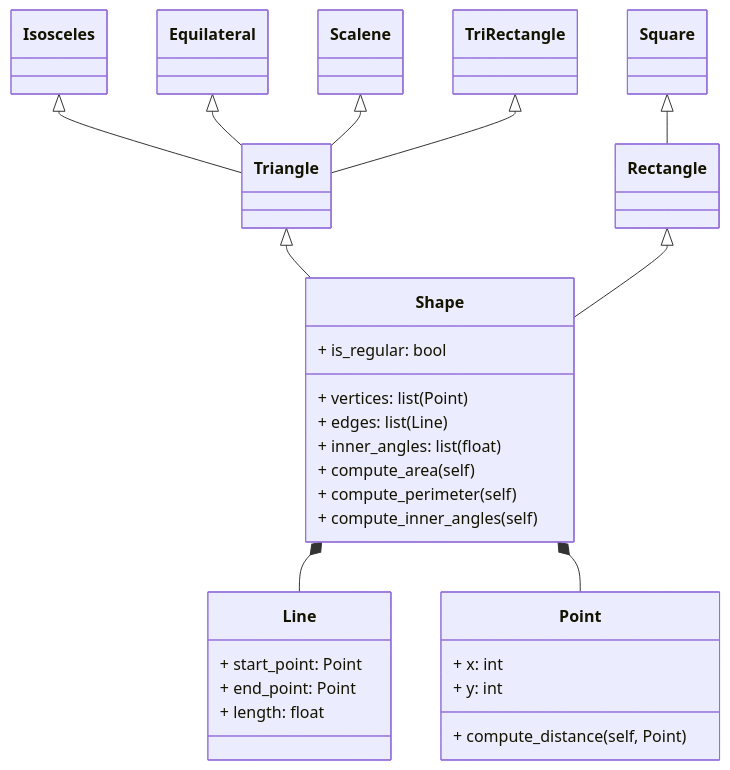
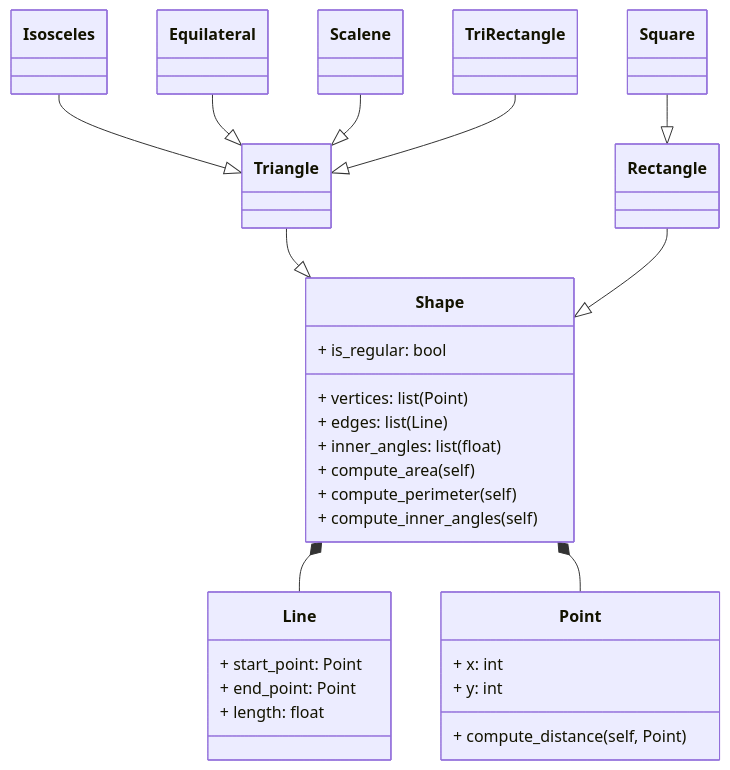
One commit to fegonzalez7/poo_unal_clase10 changed the fourth of 4 diagrams in README.md. Above: the diagram before and after it, drawn with Mermaid. The commit also changed other lines of this file, not shown here.

Commit message:
cambios relaciones diagramas

````diff
--- a/README.md
+++ b/README.md
@@ -218,55 +218,55 @@
 ```mermaid
 classDiagram
     class Shape {
         + vertices: list(Point)
         + edges: list(Line)
         + inner_angles: list(float)
         + is_regular: bool
         + compute_area(self)
         + compute_perimeter(self)
         + compute_inner_angles(self)
     }
 
     class Point {
         + x: int
         + y: int
         + compute_distance(self, Point)
     }
 
     class Line {
         + start_point: Point
         + end_point: Point
         + length: float
     }
 
     class Triangle {
     }
 
     class Isosceles{
     }
 
     class Equilateral{
     }
 
     class Scalene{
     }
 
     class TriRectangle{
     }
 
     class Rectangle{
     }
 
     class Square{
     }
 
     Shape *-- Line 
     Shape *-- Point
-    Triangle <|-- Shape
-    Isosceles <|-- Triangle
-    Equilateral <|-- Triangle
-    Scalene <|-- Triangle
-    TriRectangle <|-- Triangle
-    Rectangle <|-- Shape
-    Square <|-- Rectangle
+    Triangle --|> Shape
+    Isosceles --|> Triangle
+    Equilateral --|> Triangle
+    Scalene --|> Triangle
+    TriRectangle --|> Triangle
+    Rectangle --|> Shape
+    Square --|> Rectangle
 ```
````
